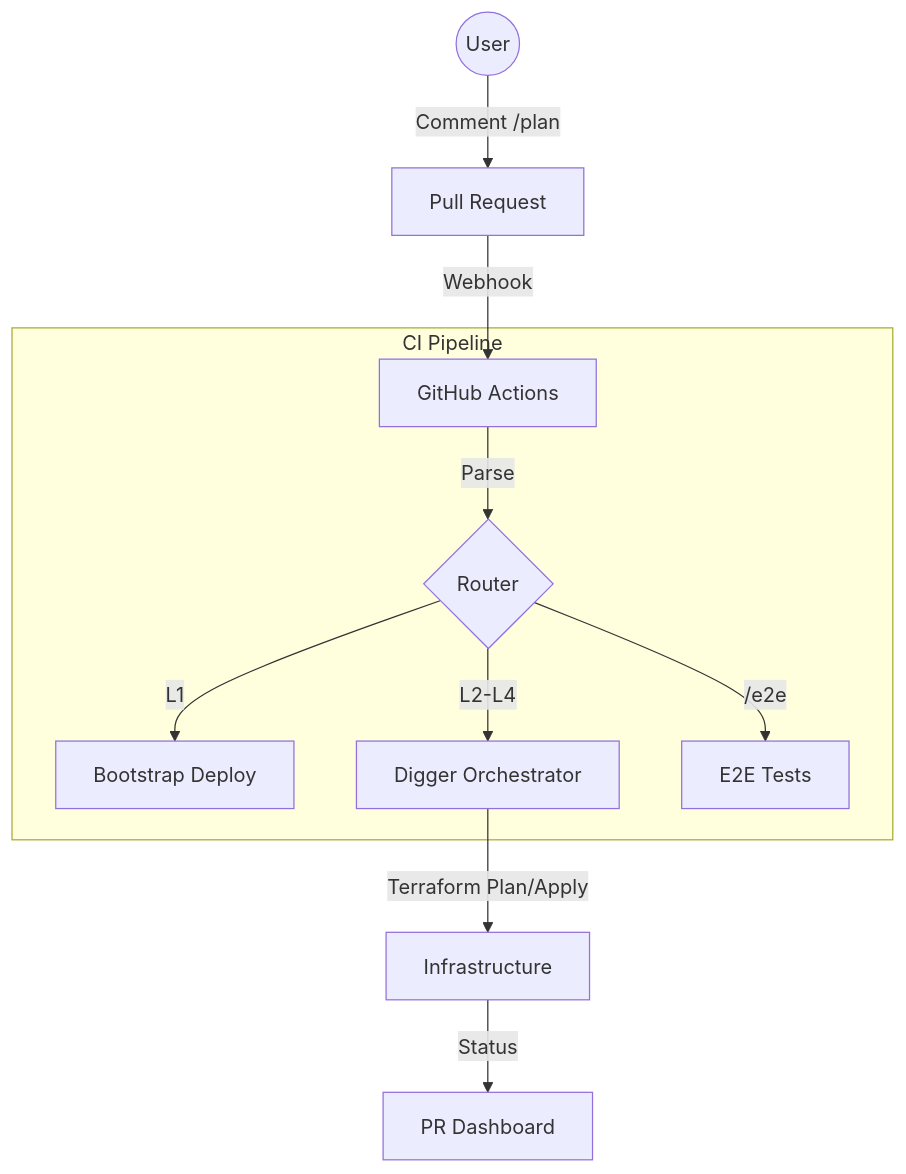
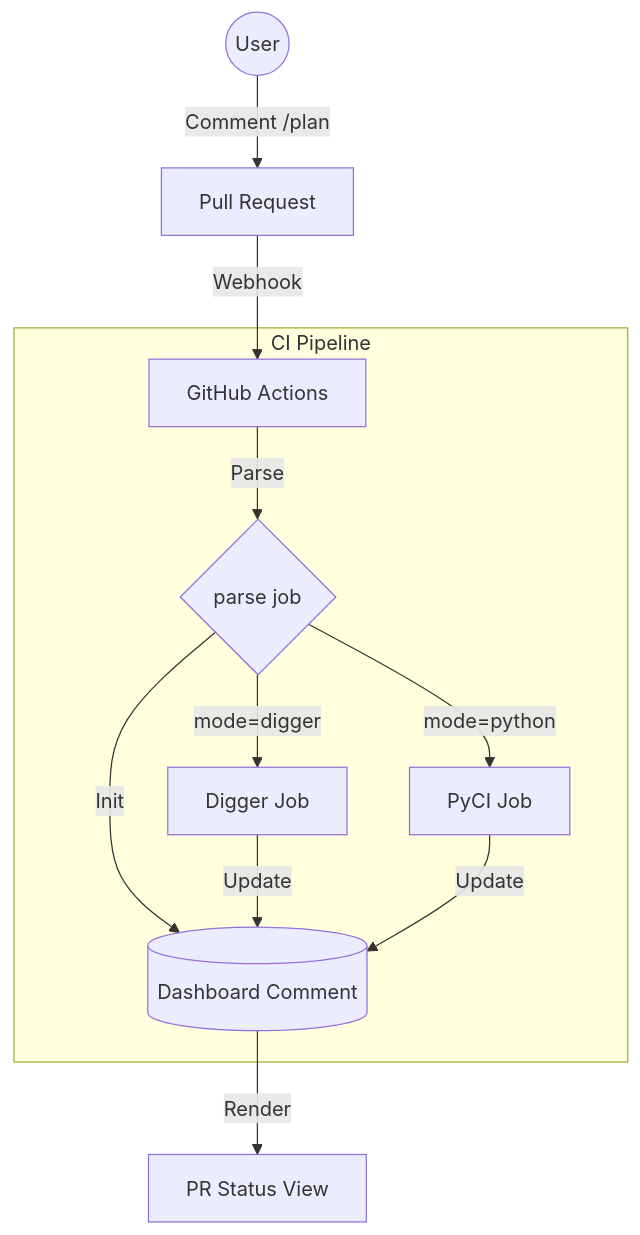
One commit to wangzitian0/infra changed the diagram in docs/ssot/ops.pipeline.md. Above: the diagram before and after it, drawn with Mermaid. The commit also changed other lines of this file and 6 other files, not shown here.

````diff
--- a/docs/ssot/ops.pipeline.md
+++ b/docs/ssot/ops.pipeline.md
@@ -29,15 +31,16 @@
 ```mermaid
 flowchart TD
     User((User)) -->|Comment /plan| PR[Pull Request]
     PR -->|Webhook| GA[GitHub Actions]
     
     subgraph "CI Pipeline"
-        GA -->|Parse| Router{Router}
-        Router -->|L1| BS[Bootstrap Deploy]
-        Router -->|L2-L4| DG[Digger Orchestrator]
-        Router -->|/e2e| Test[E2E Tests]
+        GA -->|Parse| Router{parse job}
+        Router -->|Init| Dashboard[(Dashboard Comment)]
+        Router -->|mode=digger| DG[Digger Job]
+        Router -->|mode=python| PyCI[PyCI Job]
     end
     
-    DG -->|Terraform Plan/Apply| Infra[Infrastructure]
-    Infra -->|Status| Dashboard[PR Dashboard]
+    DG -->|Update| Dashboard
+    PyCI -->|Update| Dashboard
+    Dashboard -->|Render| Status[PR Status View]
 ```
````
